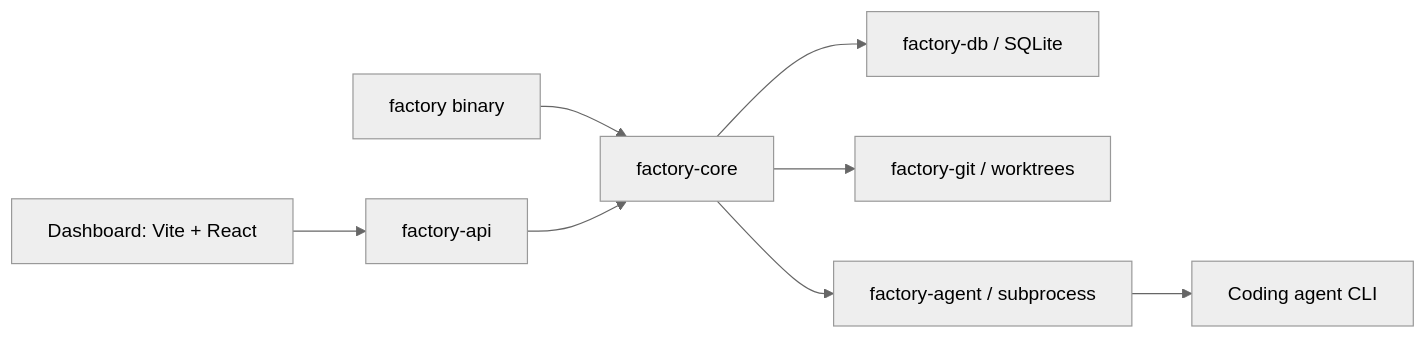
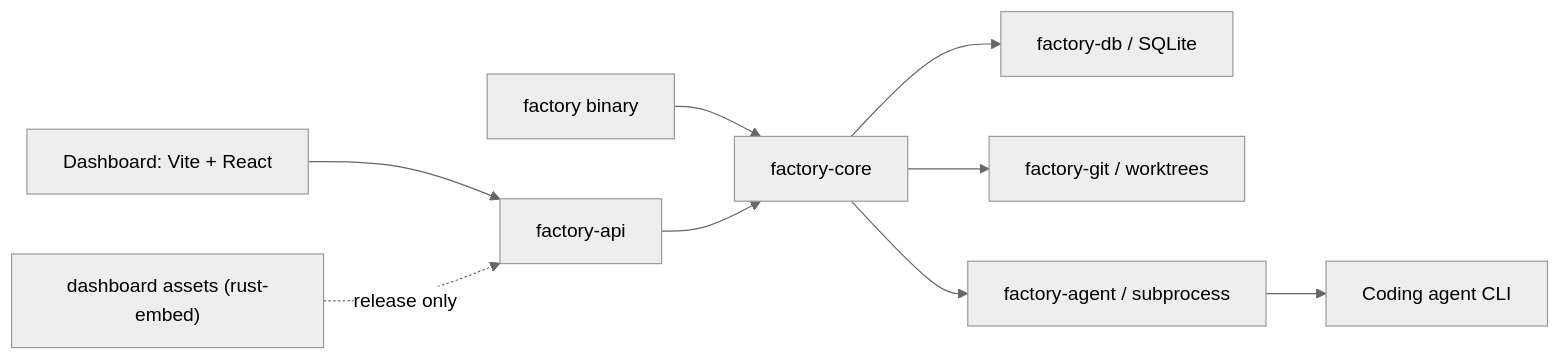
The first of 2 diagrams in docs/architecture.md (OmegaMc1331/agentic-software-factory), drawn with Mermaid (neutral theme) before and after one commit. The commit also changed other lines of this file and 4 other files, not shown here.

````diff
--- a/docs/architecture.md
+++ b/docs/architecture.md
@@ -8,10 +8,11 @@
 ```mermaid
 flowchart LR
     CLI[factory binary] --> CORE[factory-core]
     DASH[Dashboard: Vite + React] --> API[factory-api]
     API --> CORE
+    EMBED["dashboard assets (rust-embed)"] -. release only .-> API
     CORE --> DB[factory-db / SQLite]
     CORE --> GIT[factory-git / worktrees]
     CORE --> AGENT[factory-agent / subprocess]
     AGENT --> PROC[Coding agent CLI]
 ```
````
